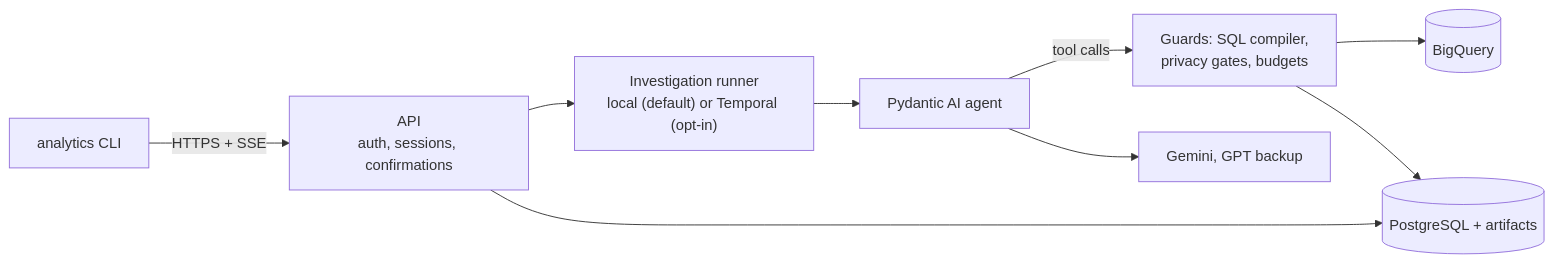
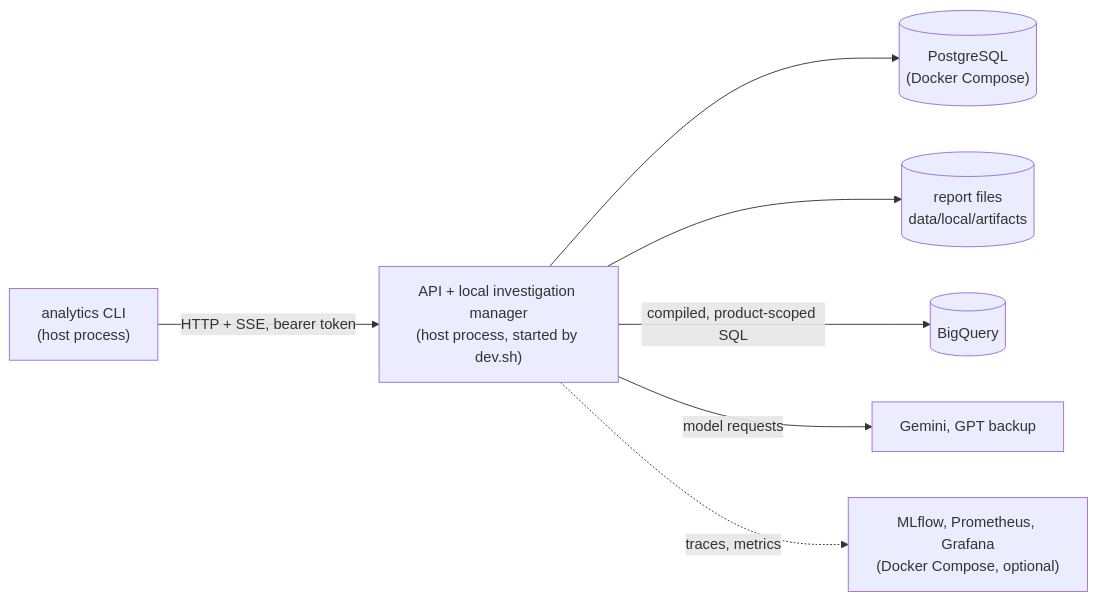
Before and after one commit to diego1q2w/retail-analytics-agent: the diagram in README.md, drawn with Mermaid. The commit also changed other lines of this file and 25 other files, not shown here.

Commit message:
T40-F1: reconcile setup and local and production architecture

````diff
--- a/README.md
+++ b/README.md
@@ -20,11 +62,9 @@
 ```mermaid
 flowchart LR
-    cli["analytics CLI"] -- "HTTPS + SSE" --> api["API<br/>auth, sessions, confirmations"]
-    api --> runner["Investigation runner<br/>local (default) or Temporal (opt-in)"]
-    runner --> agent["Pydantic AI agent"]
-    agent -- "tool calls" --> guards["Guards: SQL compiler,<br/>privacy gates, budgets"]
-    agent --> models["Gemini, GPT backup"]
-    guards --> bq[("BigQuery")]
-    api --> pg[("PostgreSQL + artifacts")]
-    guards --> pg
+    cli["analytics CLI<br/>(host process)"] -- "HTTP + SSE, bearer token" --> api["API + local investigation manager<br/>(host process, started by dev.sh)"]
+    api --> pg[("PostgreSQL<br/>(Docker Compose)")]
+    api --> files[("report files<br/>data/local/artifacts")]
+    api -- "compiled, product-scoped SQL" --> bq[("BigQuery")]
+    api -- "model requests" --> llm["Gemini, GPT backup"]
+    api -. "traces, metrics" .-> tel["MLflow, Prometheus, Grafana<br/>(Docker Compose, optional)"]
 ```
````
